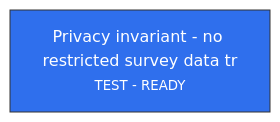
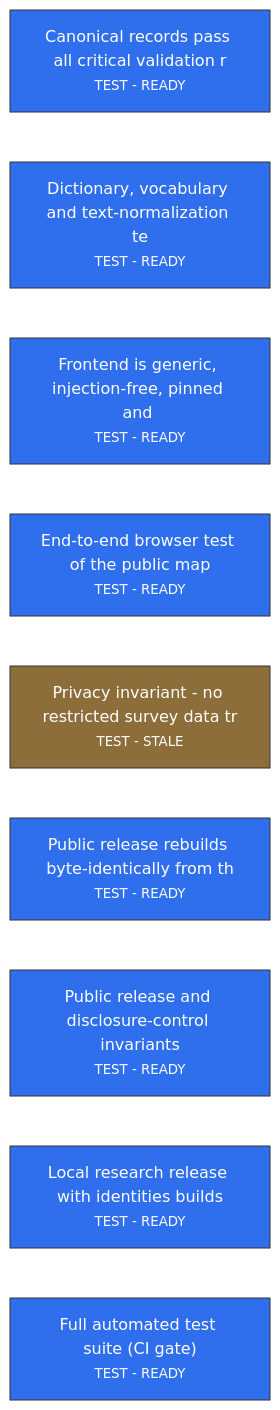
The diagram in .projectgraph/views/verification.mmd (ESDUaub2025/Resolve-Mapping), drawn with Mermaid (forest theme) before and after one commit. The commit also changed 154 other files, not shown here.

First line of the commit message:
Rebuild RESOLVE on a private pipeline with a disclosure-controlled public release

```diff
--- a/.projectgraph/views/verification.mmd
+++ b/.projectgraph/views/verification.mmd
@@ -1,13 +1,22 @@
 flowchart LR
-    TST_NO_RESTRICTED_DATA_TRACKED["Privacy invariant - no restricted survey data tr<br/><small>TEST - READY</small>"]
+    TST_CANONICAL_VALID["Canonical records pass all critical validation r<br/><small>TEST - READY</small>"]
+    TST_DICTIONARY["Dictionary, vocabulary and text-normalization te<br/><small>TEST - READY</small>"]
+    TST_FRONTEND["Frontend is generic, injection-free, pinned and <br/><small>TEST - READY</small>"]
+    TST_MAP_E2E["End-to-end browser test of the public map<br/><small>TEST - READY</small>"]
+    TST_NO_RESTRICTED_DATA_TRACKED["Privacy invariant - no restricted survey data tr<br/><small>TEST - STALE</small>"]
+    TST_PIPELINE_REPRODUCIBLE["Public release rebuilds byte-identically from th<br/><small>TEST - READY</small>"]
+    TST_PUBLIC_RELEASE["Public release and disclosure-control invariants<br/><small>TEST - READY</small>"]
+    TST_RESEARCH_TIER["Local research release with identities builds<br/><small>TEST - READY</small>"]
+    TST_TEST_SUITE["Full automated test suite (CI gate)<br/><small>TEST - READY</small>"]
     classDef declared fill:#9e9e9e,stroke:#333,stroke-width:1px,color:#333333;
     classDef ready fill:#2f6fed,stroke:#333,stroke-width:1px,color:#ffffff;
     classDef active fill:#e6b400,stroke:#333,stroke-width:1px,color:#ffffff;
     classDef implemented fill:#128f8f,stroke:#333,stroke-width:1px,color:#ffffff;
     classDef verifying fill:#f08c00,stroke:#333,stroke-width:1px,color:#ffffff;
     classDef verified fill:#2e9b48,stroke:#333,stroke-width:1px,color:#ffffff;
     classDef failed fill:#d32f2f,stroke:#333,stroke-width:1px,color:#ffffff;
     classDef blocked fill:#7b3fbf,stroke:#333,stroke-width:1px,color:#ffffff;
     classDef stale fill:#8d6e3a,stroke:#333,stroke-width:1px,color:#ffffff;
     classDef superseded fill:#c9c9c9,stroke:#333,stroke-width:1px,color:#333333;
-    class TST_NO_RESTRICTED_DATA_TRACKED ready;
+    class TST_CANONICAL_VALID,TST_DICTIONARY,TST_FRONTEND,TST_MAP_E2E,TST_PIPELINE_REPRODUCIBLE,TST_PUBLIC_RELEASE,TST_RESEARCH_TIER,TST_TEST_SUITE ready;
+    class TST_NO_RESTRICTED_DATA_TRACKED stale;
```
